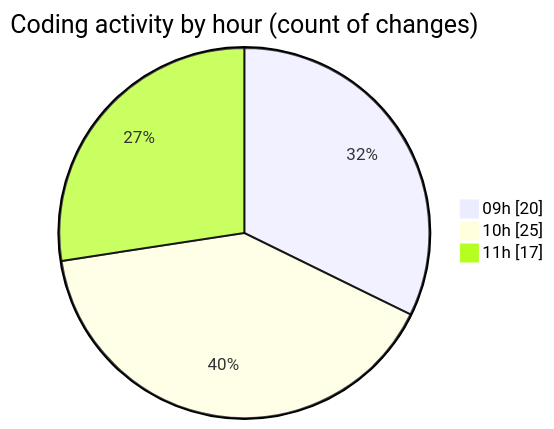
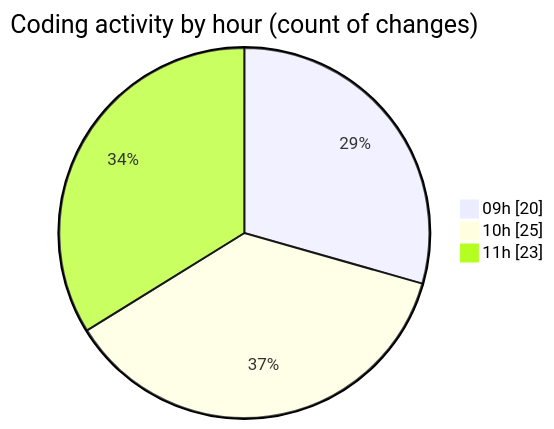
One commit to momahboobian/code-tracking changed the second of 2 diagrams in 2026-05-13/cda/README.md. Above: the diagram before and after it, drawn with Mermaid. The commit also changed other lines of this file and 1 other file, not shown here.

````diff
--- a/2026-05-13/cda/README.md
+++ b/2026-05-13/cda/README.md
@@ -34,7 +34,7 @@
 ```mermaid
 pie showData
 title Coding activity by hour (count of changes)
 "09h" : 20
 "10h" : 25
-"11h" : 17
+"11h" : 23
 ```
````
